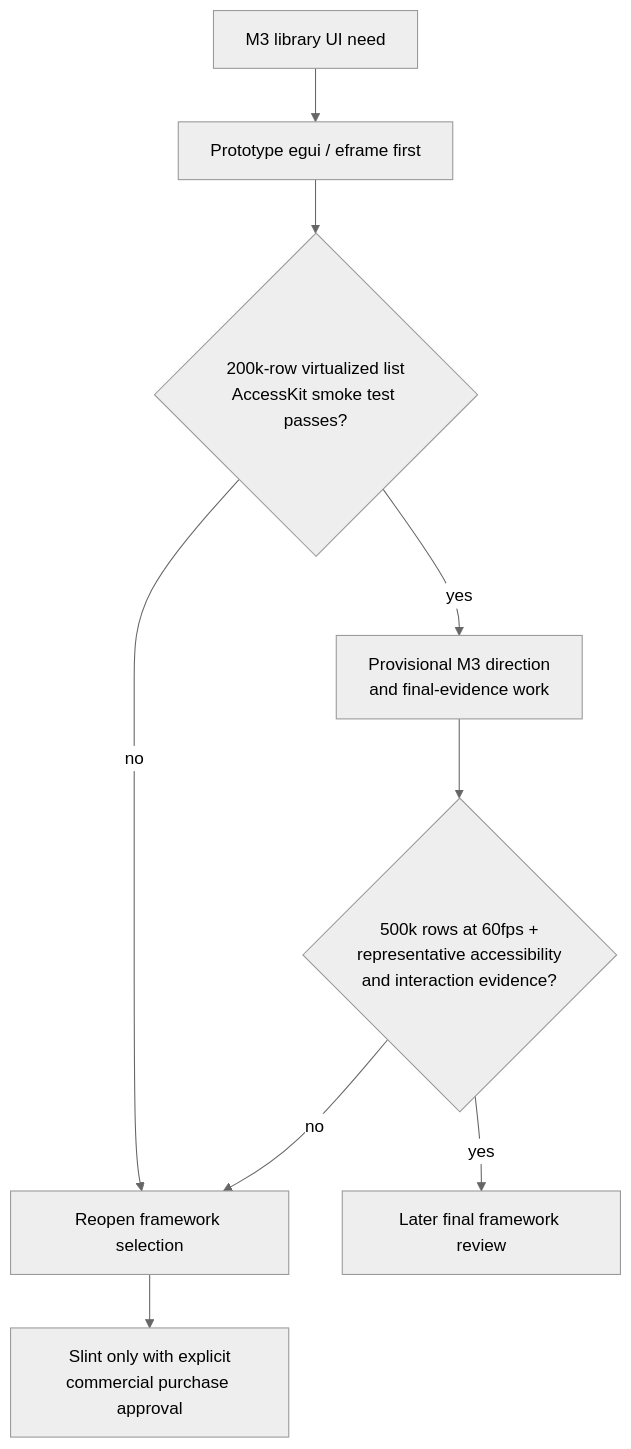
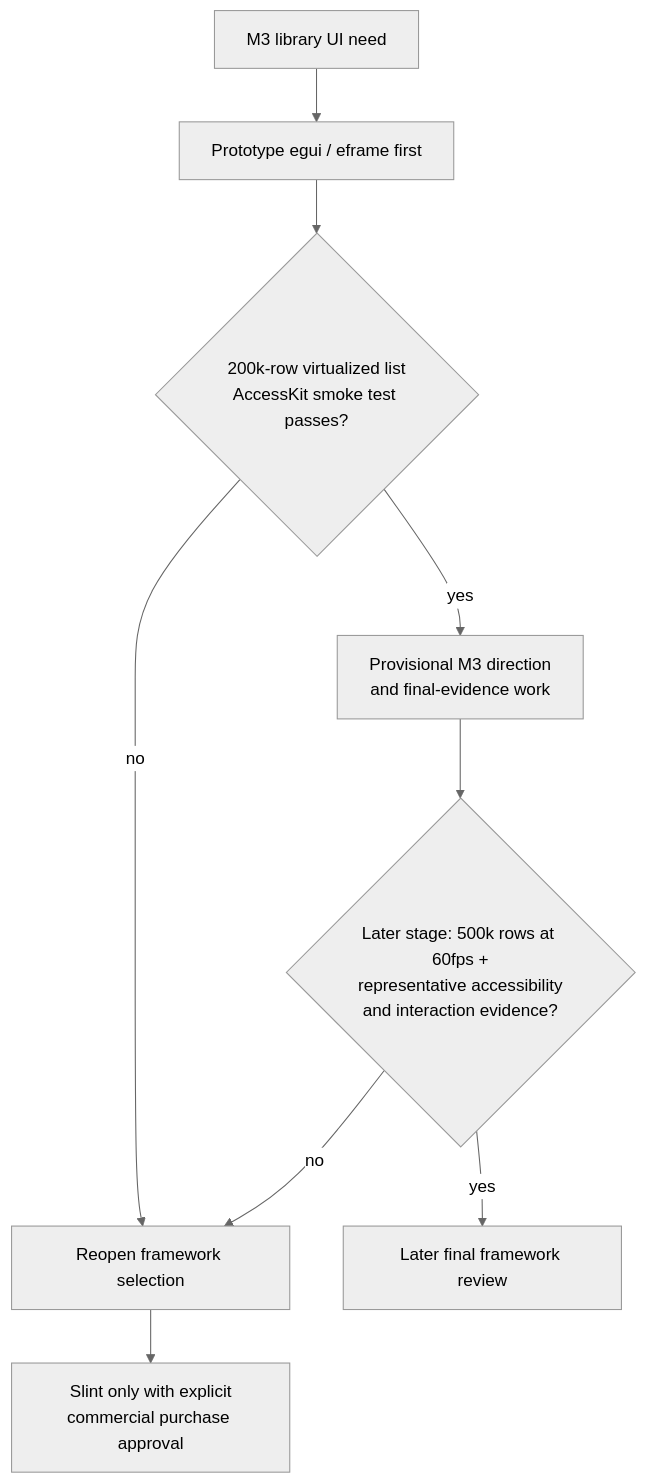
Before and after one commit to Senci/oxidj: the diagram in docs/adr/001-gui-framework.md, drawn with Mermaid (neutral theme). The commit also changed other lines of this file and 5 other files, not shown here.

````diff
--- a/docs/adr/001-gui-framework.md
+++ b/docs/adr/001-gui-framework.md
@@ -33,11 +37,11 @@
 ```mermaid
 flowchart TB
     start["M3 library UI need"] --> egui["Prototype egui / eframe first"]
     egui --> gate1{"200k-row virtualized list\nAccessKit smoke test passes?"}
     gate1 -- no --> reconsider["Reopen framework selection"]
     gate1 -- yes --> provisional["Provisional M3 direction\nand final-evidence work"]
-    provisional --> gate2{"500k rows at 60fps +\nrepresentative accessibility\nand interaction evidence?"}
+    provisional --> gate2{"Later stage: 500k rows at 60fps +\nrepresentative accessibility\nand interaction evidence?"}
     gate2 -- no --> reconsider
     gate2 -- yes --> review["Later final framework review"]
     reconsider --> fallback["Slint only with explicit\ncommercial purchase approval"]
 ```
````
